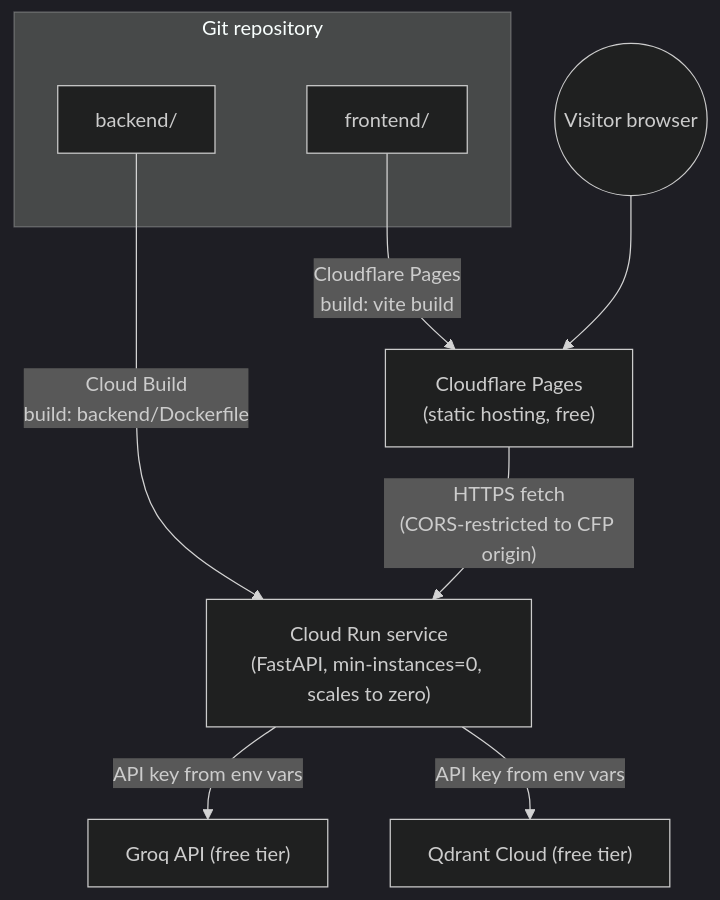
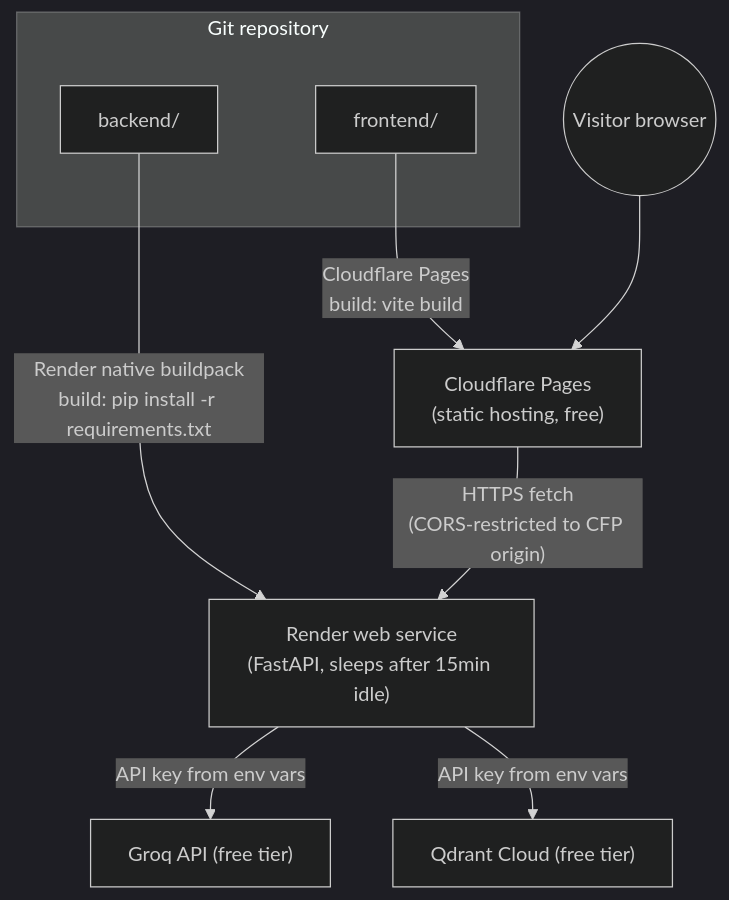
Before and after one commit to ameyg23/RAG_Project: the fourth of 4 diagrams in ARCHITECTURE.md, drawn with Mermaid (dark theme). The commit also changed other lines of this file and 13 other files, not shown here.

````diff
--- a/ARCHITECTURE.md
+++ b/ARCHITECTURE.md
@@ -211,16 +211,16 @@
 ```mermaid
 flowchart TB
     subgraph GH["Git repository"]
         FE_SRC["frontend/"]
         BE_SRC["backend/"]
     end
 
     FE_SRC -- "Cloudflare Pages\nbuild: vite build" --> CFP["Cloudflare Pages\n(static hosting, free)"]
-    BE_SRC -- "Cloud Build\nbuild: backend/Dockerfile" --> RUN["Cloud Run service\n(FastAPI, min-instances=0, scales to zero)"]
+    BE_SRC -- "Render native buildpack\nbuild: pip install -r requirements.txt" --> RUN["Render web service\n(FastAPI, sleeps after 15min idle)"]
 
     CFP -- "HTTPS fetch\n(CORS-restricted to CFP origin)" --> RUN
     RUN -- "API key from env vars" --> GROQ["Groq API (free tier)"]
     RUN -- "API key from env vars" --> QDR["Qdrant Cloud (free tier)"]
 
     Visitor(("Visitor browser")) --> CFP
 ```
````
